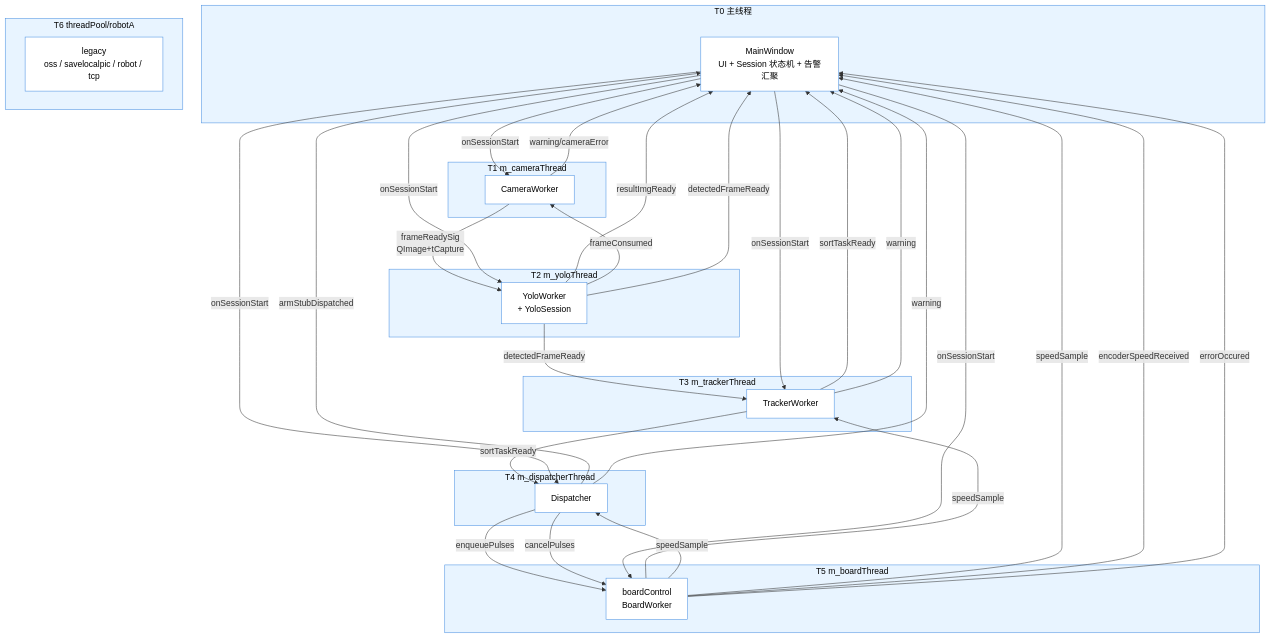
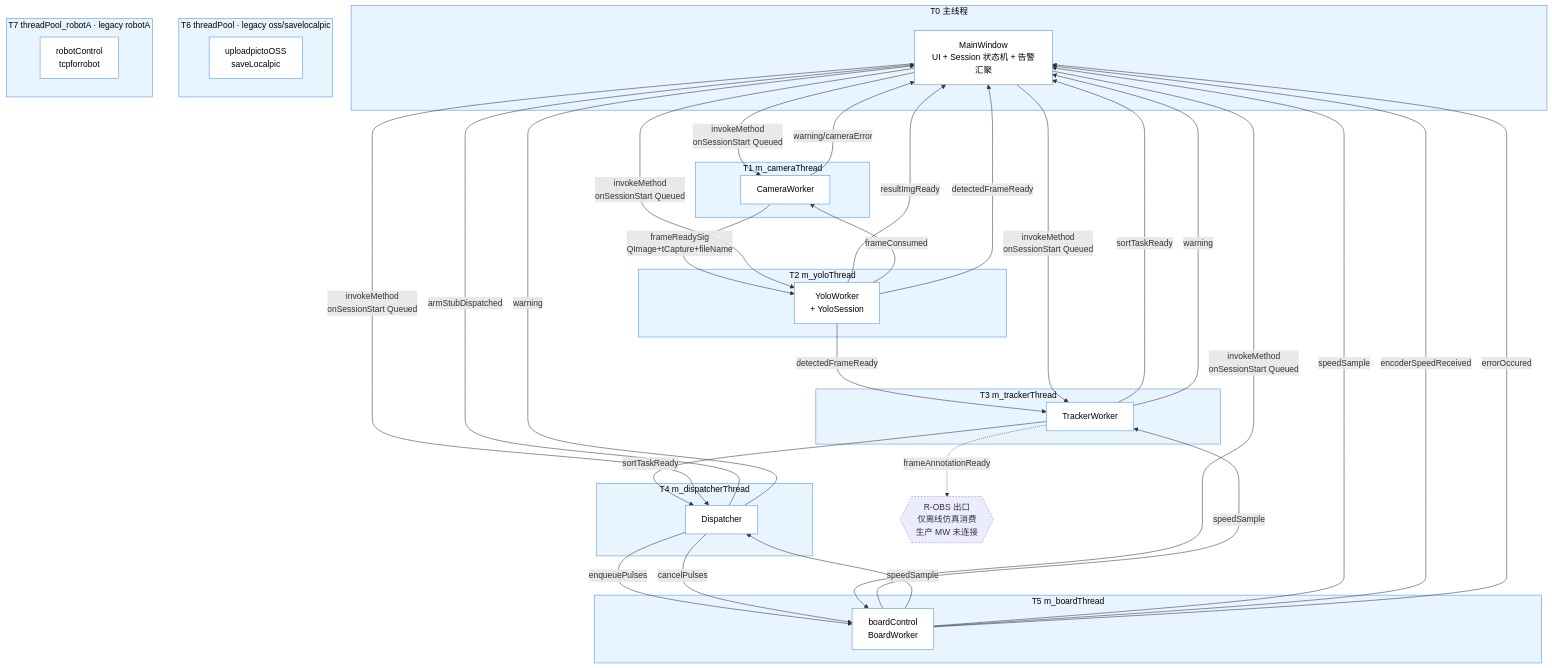
Before and after one commit to XiChYo/QINGLV: the second of 24 diagrams in docs/architecture.md, drawn with Mermaid. The commit also changed other lines of this file and 3 other files, not shown here.

````diff
--- a/docs/architecture.md
+++ b/docs/architecture.md
@@ -102,62 +106,68 @@
 ```mermaid
 flowchart TB
     classDef t fill:#e8f4ff,stroke:#4a90e2,color:#000
     classDef w fill:#fff,stroke:#4a90e2,color:#000
     classDef sig stroke-dasharray: 3 3,stroke:#888
 
     subgraph T0[T0 主线程]
         MW[MainWindow<br/>UI + Session 状态机 + 告警汇聚]:::w
     end
 
     subgraph T1[T1 m_cameraThread]
         CW[CameraWorker]:::w
     end
     subgraph T2[T2 m_yoloThread]
         YW[YoloWorker<br/>+ YoloSession]:::w
     end
     subgraph T3[T3 m_trackerThread]
         TW[TrackerWorker]:::w
     end
     subgraph T4[T4 m_dispatcherThread]
         DP[Dispatcher]:::w
     end
     subgraph T5[T5 m_boardThread]
         BW[boardControl<br/>BoardWorker]:::w
     end
-    subgraph T6[T6 threadPool/robotA]
-        LEG[legacy<br/>oss / savelocalpic / robot / tcp]:::w
+    subgraph T6[T6 threadPool · legacy oss/savelocalpic]
+        LEG1[uploadpictoOSS<br/>saveLocalpic]:::w
+    end
+    subgraph T7[T7 threadPool_robotA · legacy robotA]
+        LEG2[robotControl<br/>tcpforrobot]:::w
     end
 
-    CW -- frameReadySig<br/>QImage+tCapture -->YW
+    CW -- frameReadySig<br/>QImage+tCapture+fileName -->YW
     YW -- detectedFrameReady -->TW
     YW -- resultImgReady -->MW
     YW -- frameConsumed -->CW
     YW -- detectedFrameReady -->MW
     TW -- sortTaskReady -->DP
     TW -- sortTaskReady -->MW
+    OBS{{R-OBS 出口<br/>仅离线仿真消费<br/>生产 MW 未连接}}:::sig
+    TW -. frameAnnotationReady .-> OBS
     DP -- enqueuePulses -->BW
     DP -- cancelPulses -->BW
     DP -- armStubDispatched -->MW
     BW -- speedSample -->TW
     BW -- speedSample -->DP
     BW -- speedSample -->MW
     BW -- encoderSpeedReceived -->MW
     BW -- errorOccured -->MW
     CW -- warning/cameraError -->MW
     TW -- warning -->MW
     DP -- warning -->MW
 
-    MW -- onSessionStart -->CW
-    MW -- onSessionStart -->YW
-    MW -- onSessionStart -->TW
-    MW -- onSessionStart -->DP
-    MW -- onSessionStart -->BW
+    MW -- invokeMethod<br/>onSessionStart Queued -->CW
+    MW -- invokeMethod<br/>onSessionStart Queued -->YW
+    MW -- invokeMethod<br/>onSessionStart Queued -->TW
+    MW -- invokeMethod<br/>onSessionStart Queued -->DP
+    MW -- invokeMethod<br/>onSessionStart Queued -->BW
 
     T0:::t
     T1:::t
     T2:::t
     T3:::t
     T4:::t
     T5:::t
     T6:::t
+    T7:::t
 ```
````
